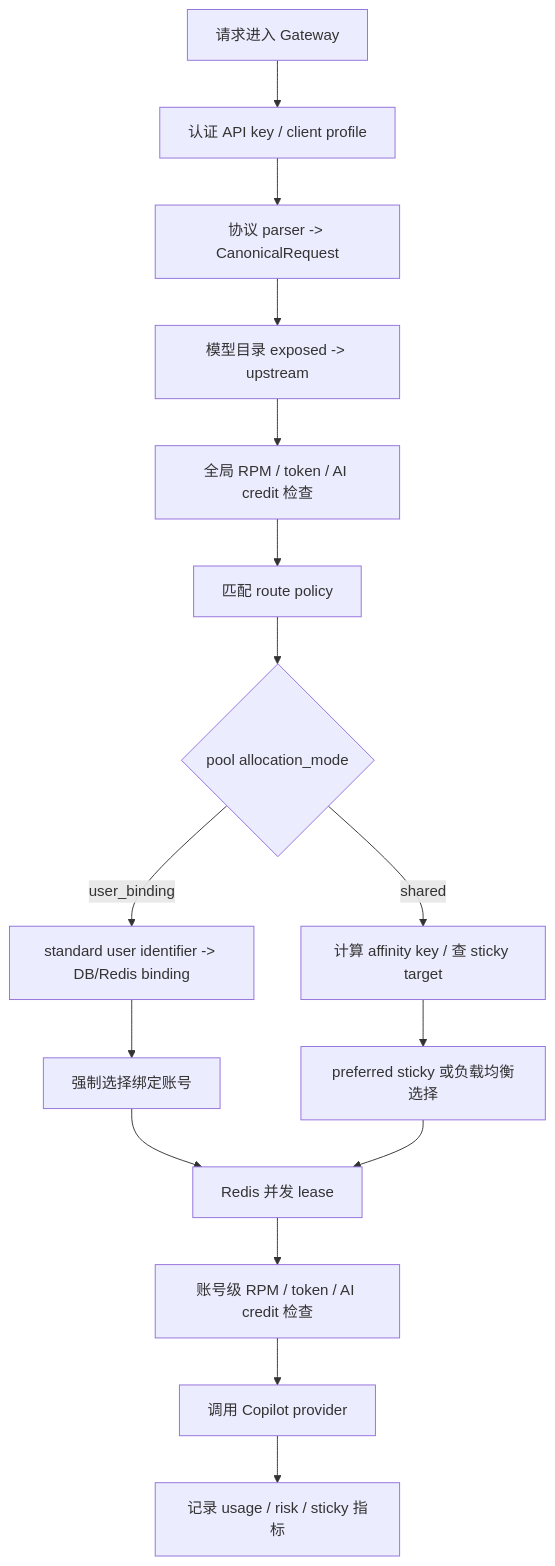
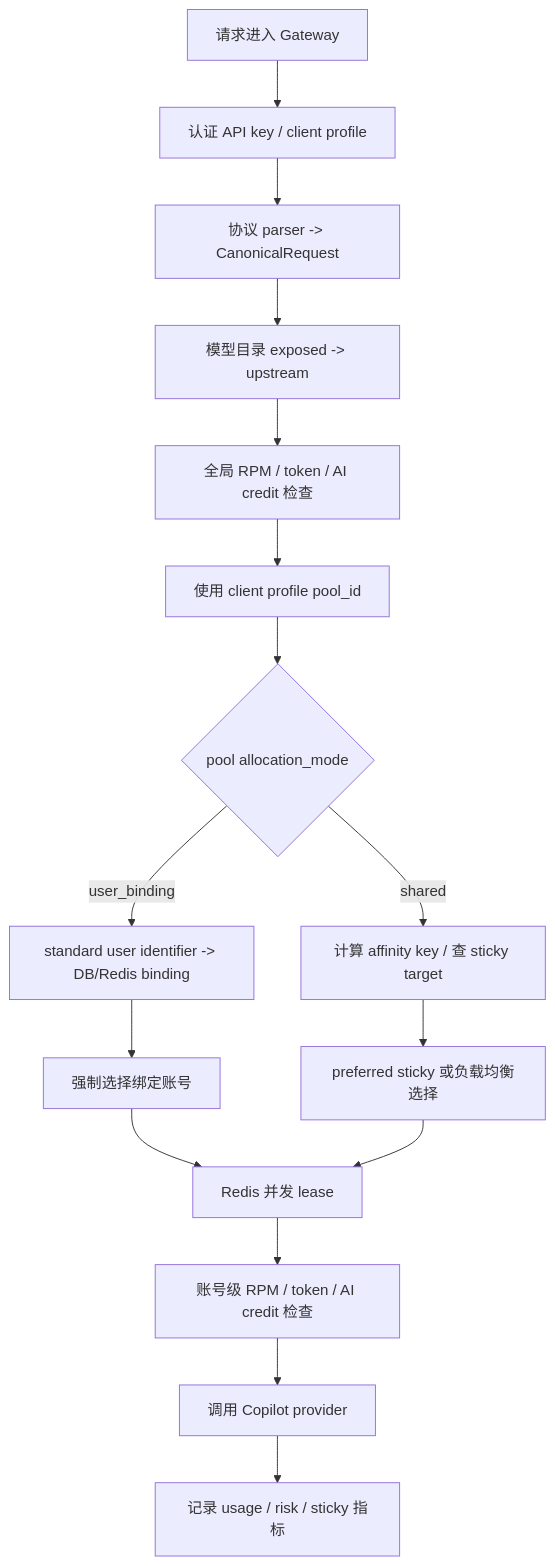
The diagram in docs/routing.zh.md (pczhao1210/ghcp-pool-proxy), drawn with Mermaid before and after one commit. The commit also changed other lines of this file and 16 other files, not shown here.

````diff
--- a/docs/routing.zh.md
+++ b/docs/routing.zh.md
@@ -7,18 +7,18 @@
 ```mermaid
 flowchart TD
   A["请求进入 Gateway"] --> B["认证 API key / client profile"]
   B --> C["协议 parser -> CanonicalRequest"]
   C --> D["模型目录 exposed -> upstream"]
   D --> E["全局 RPM / token / AI credit 检查"]
-  E --> F["匹配 route policy"]
+  E --> F["使用 client profile pool_id"]
   F --> G{"pool allocation_mode"}
   G -->|"user_binding"| H["standard user identifier -> DB/Redis binding"]
   G -->|"shared"| I["计算 affinity key / 查 sticky target"]
   H --> J["强制选择绑定账号"]
   I --> K["preferred sticky 或负载均衡选择"]
   J --> L["Redis 并发 lease"]
   K --> L
   L --> M["账号级 RPM / token / AI credit 检查"]
   M --> N["调用 Copilot provider"]
   N --> O["记录 usage / risk / sticky 指标"]
 ```
````
